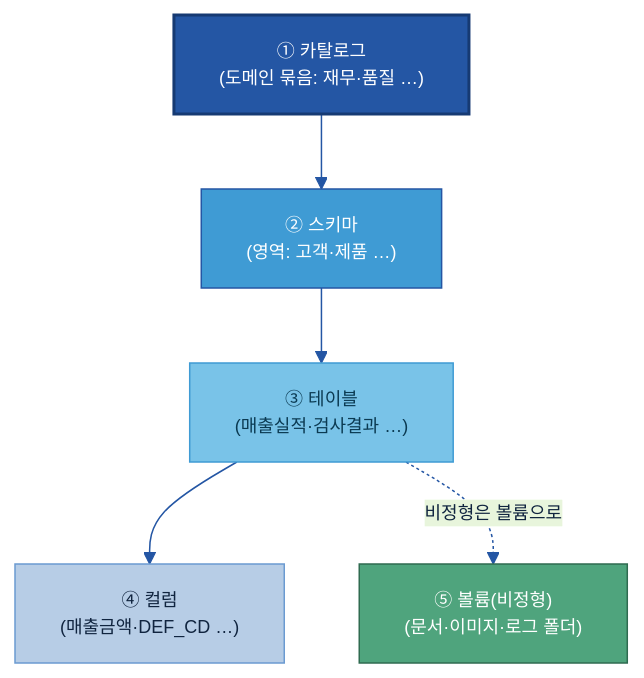
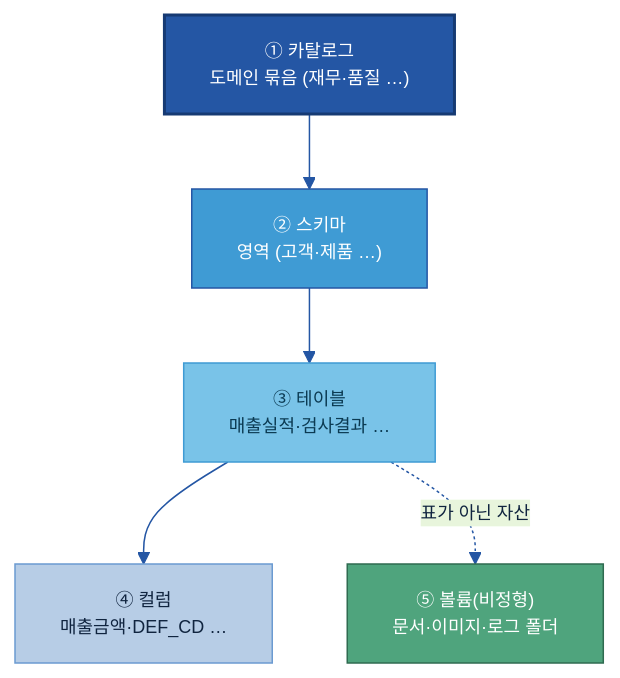
The third of 5 diagrams in 가이드 작성/A-2 메타데이터/A-2 메타데이터.md (jin-kearney/ai-ready-data-manual), drawn with Mermaid before and after one commit. The commit also changed other lines of this file and 1 other file, not shown here.

````diff
--- a/가이드 작성/A-2 메타데이터/A-2 메타데이터.md
+++ b/가이드 작성/A-2 메타데이터/A-2 메타데이터.md
@@ -134,16 +239,16 @@
 ```mermaid
 %%{init: {'theme':'base','themeVariables':{'primaryColor':'#DCE8F5','primaryBorderColor':'#2456A4','primaryTextColor':'#10243f','lineColor':'#2456A4','clusterBkg':'#EEF4FB','clusterBorder':'#6B9AD1','fontSize':'12px'}}}%%
 flowchart TB
-    CAT["① 카탈로그<br/>(도메인 묶음: 재무·품질 …)"]:::cat
-    SCH["② 스키마<br/>(영역: 고객·제품 …)"]:::gate
-    TBL["③ 테이블<br/>(매출실적·검사결과 …)"]:::src
-    COL["④ 컬럼<br/>(매출금액·DEF_CD …)"]:::n
-    VOL["⑤ 볼륨(비정형)<br/>(문서·이미지·로그 폴더)"]:::loop
+    CAT["① 카탈로그<br/>도메인 묶음 (재무·품질 …)"]:::cat
+    SCH["② 스키마<br/>영역 (고객·제품 …)"]:::gate
+    TBL["③ 테이블<br/>매출실적·검사결과 …"]:::src
+    COL["④ 컬럼<br/>매출금액·DEF_CD …"]:::n
+    VOL["⑤ 볼륨(비정형)<br/>문서·이미지·로그 폴더"]:::loop
     CAT --> SCH --> TBL --> COL
-    TBL -.비정형은 볼륨으로.-> VOL
+    TBL -.표가 아닌 자산.-> VOL
     classDef n fill:#B7CDE6,stroke:#6B9AD1,color:#10243f;
     classDef src fill:#79C3E8,stroke:#3F9BD4,color:#0b3a52;
     classDef cat fill:#2456A4,color:#fff,stroke:#163a73,stroke-width:2px;
     classDef gate fill:#3F9BD4,stroke:#2456A4,color:#fff;
     classDef loop fill:#4FA47D,stroke:#2f6b50,color:#fff;
 ```
````
